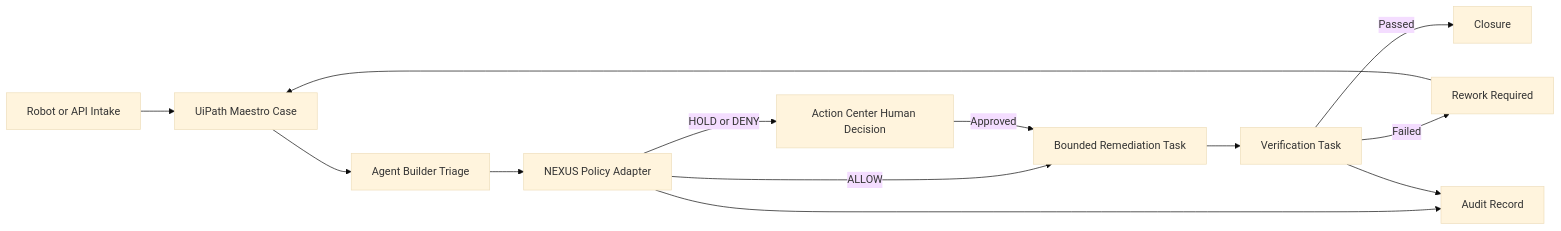
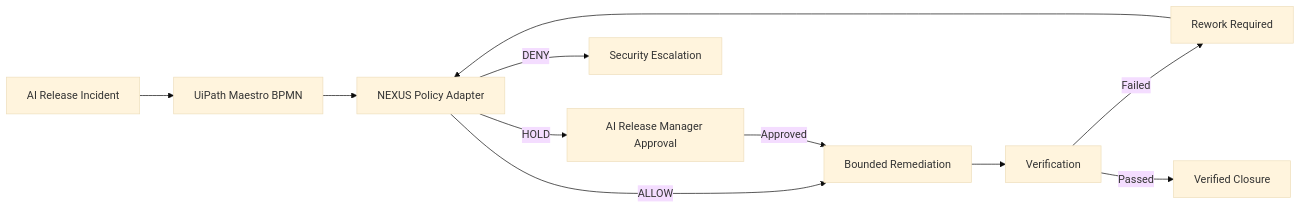
The diagram in README.md (specimba/NEXUS_UiPathAgentHack), drawn with Mermaid (base theme) before and after one commit. The commit also changed other lines of this file and 11 other files, not shown here.

Commit message:
Ship verified Track 2 Maestro BPMN submission assets

````diff
--- a/README.md
+++ b/README.md
@@ -13,15 +13,13 @@
 ```mermaid
 flowchart LR
-    I["Robot or API Intake"] --> M["UiPath Maestro Case"]
-    M --> A["Agent Builder Triage"]
-    A --> P["NEXUS Policy Adapter"]
-    P -->|"HOLD or DENY"| H["Action Center Human Decision"]
-    P -->|"ALLOW"| R["Bounded Remediation Task"]
+    I["AI Release Incident"] --> M["UiPath Maestro BPMN"]
+    M --> P["NEXUS Policy Adapter"]
+    P -->|"HOLD"| H["AI Release Manager Approval"]
+    P -->|"DENY"| E["Security Escalation"]
+    P -->|"ALLOW"| R["Bounded Remediation"]
     H -->|"Approved"| R
-    R --> V["Verification Task"]
+    R --> V["Verification"]
     V -->|"Failed"| X["Rework Required"]
-    X --> M
-    V -->|"Passed"| C["Closure"]
-    P --> L["Audit Record"]
-    V --> L
+    X --> P
+    V -->|"Passed"| C["Verified Closure"]
 ```
````
